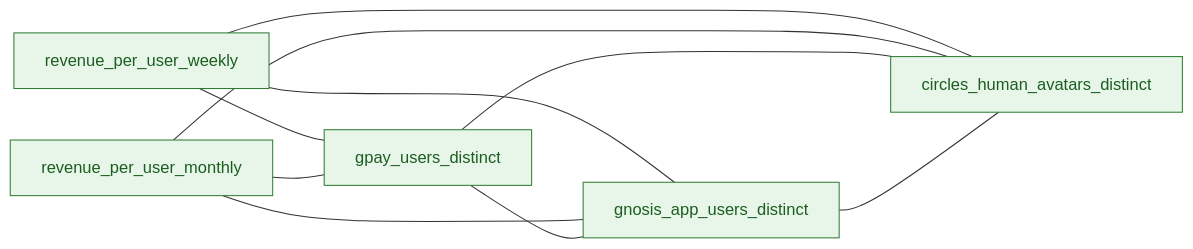
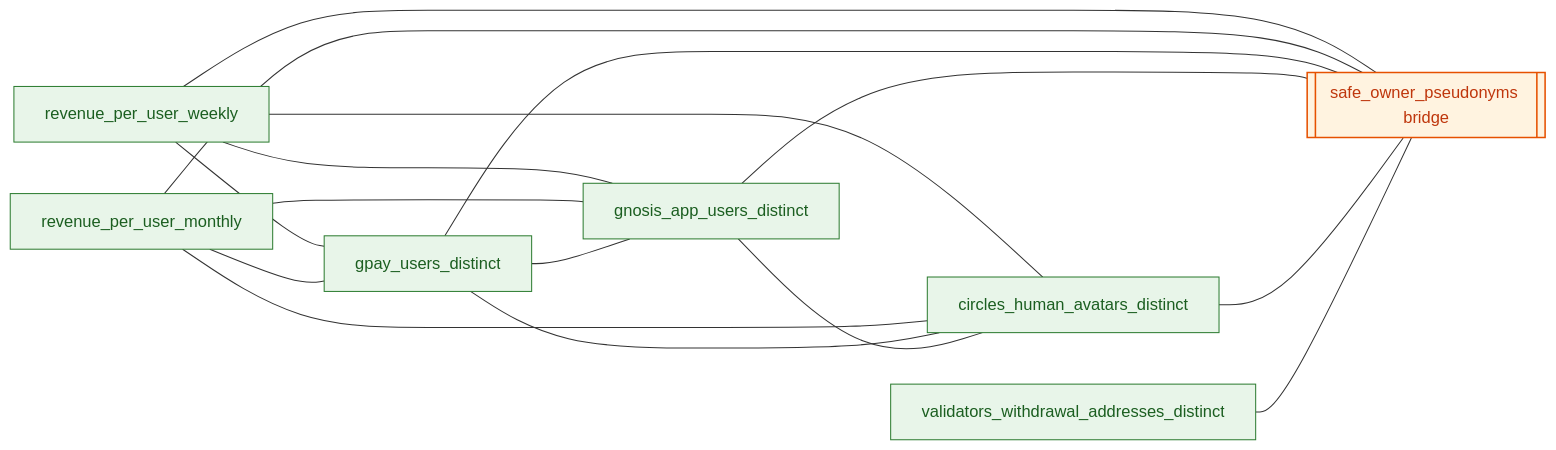
The diagram in docs/data-pipeline/transformation/semantic-layer/user-pseudonym-graph.md (gnosischain/cerebro-docs), drawn with Mermaid before and after one commit. The commit also changed other lines of this file and 15 other files, not shown here.

Commit message:
feat(semantic): update sector. interactive semantic graph

````diff
--- a/docs/data-pipeline/transformation/semantic-layer/user-pseudonym-graph.md
+++ b/docs/data-pipeline/transformation/semantic-layer/user-pseudonym-graph.md
@@ -30,21 +34,32 @@
 ```mermaid
 flowchart LR
     revenue_w[revenue_per_user_weekly]
     revenue_m[revenue_per_user_monthly]
     gpay[gpay_users_distinct]
     gnosis_app[gnosis_app_users_distinct]
     circles[circles_human_avatars_distinct]
+    validator[validators_withdrawal_addresses_distinct]
+    bridge[[safe_owner_pseudonyms bridge]]
 
     revenue_w --- gpay
     revenue_m --- gpay
     revenue_w --- gnosis_app
     revenue_m --- gnosis_app
     revenue_w --- circles
     revenue_m --- circles
     gpay --- gnosis_app
     gpay --- circles
     gnosis_app --- circles
 
+    revenue_w --- bridge
+    revenue_m --- bridge
+    gpay --- bridge
+    gnosis_app --- bridge
+    circles --- bridge
+    validator --- bridge
+
     classDef u fill:#e8f5e9,stroke:#2e7d32,stroke-width:1px,color:#1b5e20;
-    class revenue_w,revenue_m,gpay,gnosis_app,circles u;
+    classDef b fill:#fff3e0,stroke:#e65100,stroke-width:1.5px,color:#bf360c;
+    class revenue_w,revenue_m,gpay,gnosis_app,circles,validator u;
+    class bridge b;
 ```
````
